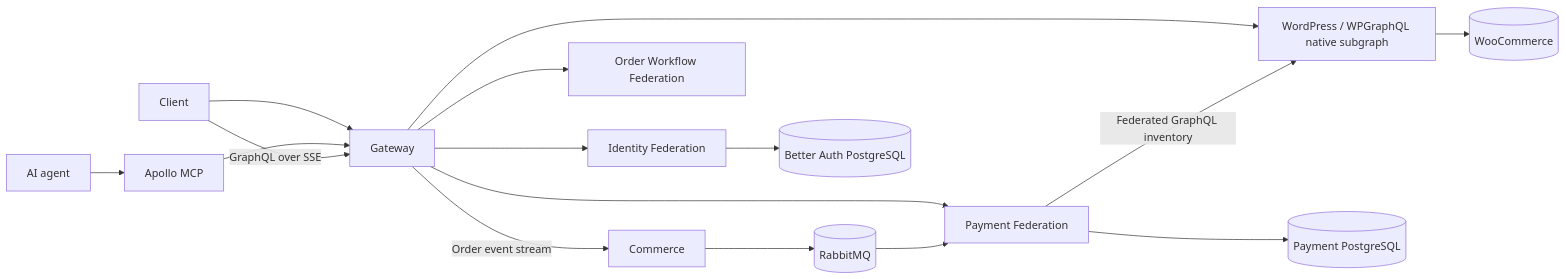
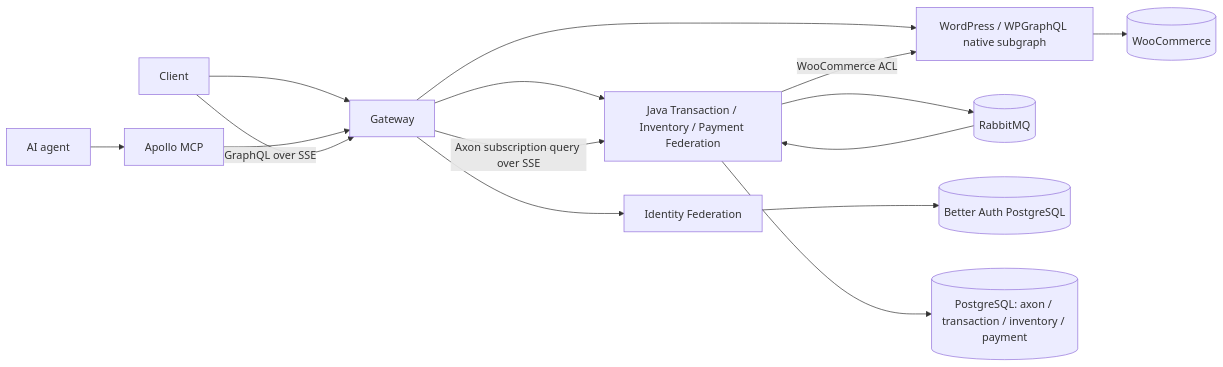
The first of 3 diagrams in README.md (kaio-fabiano/desafio-dev-backend-senior), drawn with Mermaid before and after one commit. The commit also changed other lines of this file and 160 other files, not shown here.

Commit message:
T-253 migrate-order-workflow-to-axon-java: Retire Node Workflow and close all quality gates

````diff
--- a/README.md
+++ b/README.md
@@ -13,17 +13,16 @@
 ```mermaid
 flowchart LR
   Client --> Gateway
   Agent[AI agent] --> MCP[Apollo MCP] --> Gateway
   Gateway --> Identity[Identity Federation]
-  Gateway --> Workflow[Order Workflow Federation]
-  Gateway --> Payment[Payment Federation]
+  Gateway --> Java[Java Transaction / Inventory / Payment Federation]
   Gateway --> WordPress[WordPress / WPGraphQL native subgraph]
-  Commerce --> RabbitMQ[(RabbitMQ)]
-  RabbitMQ --> Payment
-  Payment -->|Federated GraphQL inventory| WordPress
+  Java --> RabbitMQ[(RabbitMQ)]
+  RabbitMQ --> Java
+  Java -->|WooCommerce ACL| WordPress
   Identity --> BetterAuth[(Better Auth PostgreSQL)]
-  Payment --> PaymentDB[(Payment PostgreSQL)]
+  Java --> PaymentDB[(PostgreSQL: axon / transaction / inventory / payment)]
   WordPress --> Woo[(WooCommerce)]
   Client -->|GraphQL over SSE| Gateway
-  Gateway -->|Order event stream| Commerce
+  Gateway -->|Axon subscription query over SSE| Java
 ```
````
